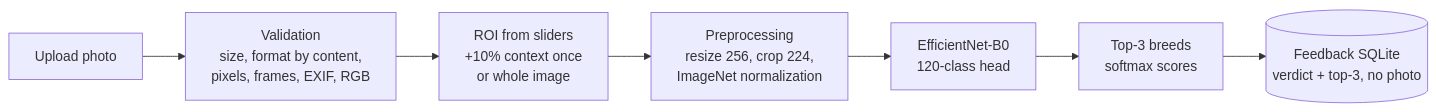
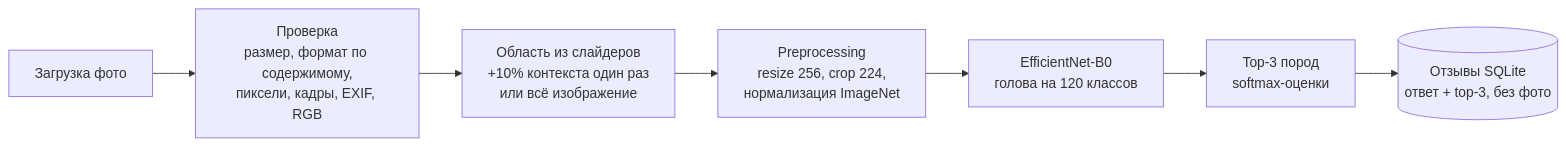
One commit to 7SUNNY77/DogLens changed the diagram in README.md. Above: the diagram before and after it, drawn with Mermaid. The commit also changed other lines of this file and 6 other files, not shown here.

````diff
--- a/README.md
+++ b/README.md
@@ -115,9 +114,9 @@
 ```mermaid
 flowchart LR
-    U[Upload photo] --> V[Validation<br/>size, format by content,<br/>pixels, frames, EXIF, RGB]
-    V --> R[ROI from sliders<br/>+10% context once<br/>or whole image]
-    R --> P[Preprocessing<br/>resize 256, crop 224,<br/>ImageNet normalization]
-    P --> M[EfficientNet-B0<br/>120-class head]
-    M --> T[Top-3 breeds<br/>softmax scores]
-    T --> F[(Feedback SQLite<br/>verdict + top-3, no photo)]
+    U[Загрузка фото] --> V[Проверка<br/>размер, формат по содержимому,<br/>пиксели, кадры, EXIF, RGB]
+    V --> R[Область из слайдеров<br/>+10% контекста один раз<br/>или всё изображение]
+    R --> P[Preprocessing<br/>resize 256, crop 224,<br/>нормализация ImageNet]
+    P --> M[EfficientNet-B0<br/>голова на 120 классов]
+    M --> T[Top-3 пород<br/>softmax-оценки]
+    T --> F[(Отзывы SQLite<br/>ответ + top-3, без фото)]
 ```
````
